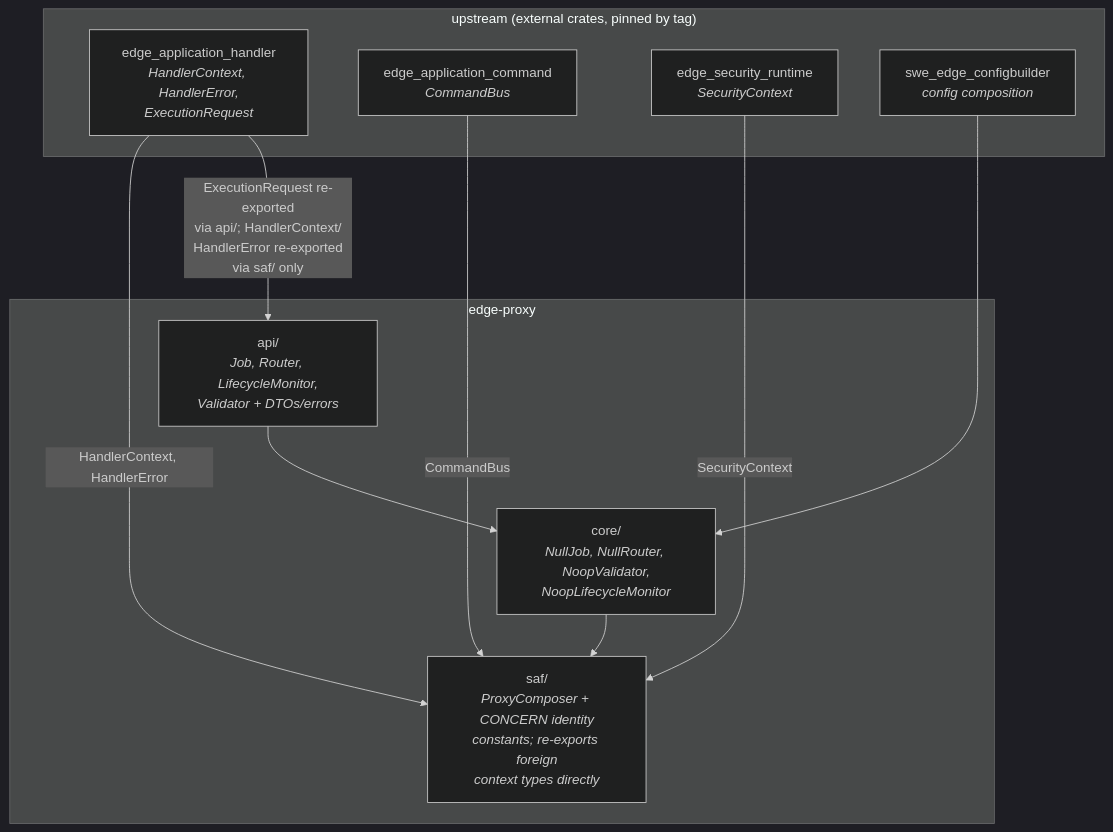
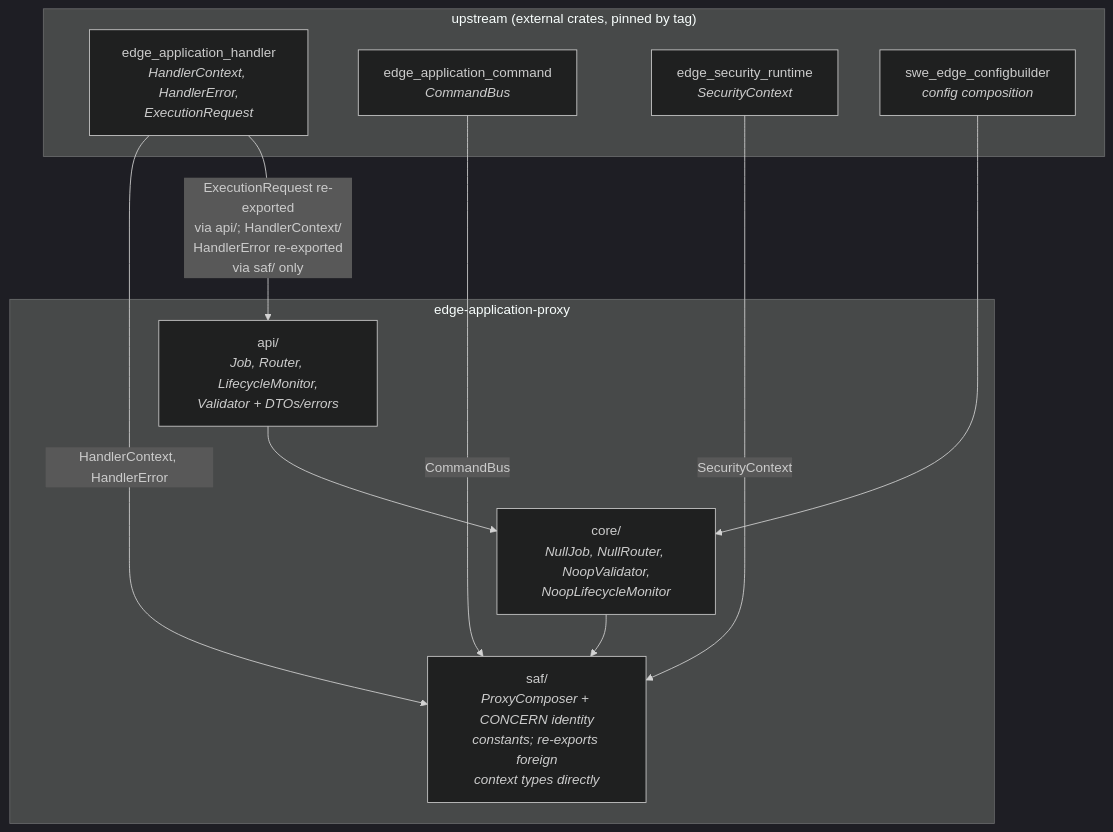
The second of 4 diagrams in scm/docs/3-design/architecture.md (sweengineeringlabs/edge-proxy), drawn with Mermaid (dark theme) before and after one commit. The commit also changed other lines of this file and 67 other files, not shown here.

First line of the commit message:
chore(repo): rename crate to edge-application-proxy

````diff
--- a/scm/docs/3-design/architecture.md
+++ b/scm/docs/3-design/architecture.md
@@ -155,23 +155,23 @@
 ```mermaid
 graph TB
     subgraph upstream["upstream (external crates, pinned by tag)"]
         Handler["edge_application_handler<br/><i>HandlerContext, HandlerError,<br/>ExecutionRequest</i>"]
         Command["edge_application_command<br/><i>CommandBus</i>"]
         Security["edge_security_runtime<br/><i>SecurityContext</i>"]
         Config["swe_edge_configbuilder<br/><i>config composition</i>"]
     end
 
-    subgraph crate["edge-proxy"]
+    subgraph crate["edge-application-proxy"]
         Api["api/<br/><i>Job, Router, LifecycleMonitor,<br/>Validator + DTOs/errors</i>"]
         Core["core/<br/><i>NullJob, NullRouter, NoopValidator,<br/>NoopLifecycleMonitor</i>"]
         Saf["saf/<br/><i>ProxyComposer + CONCERN identity<br/>constants; re-exports foreign<br/>context types directly</i>"]
     end
 
     Handler -->|"ExecutionRequest re-exported<br/>via api/; HandlerContext/<br/>HandlerError re-exported<br/>via saf/ only"| Api
     Handler -->|"HandlerContext, HandlerError"| Saf
     Command -->|"CommandBus"| Saf
     Security -->|"SecurityContext"| Saf
     Config --> Core
     Api --> Core
     Core --> Saf
 ```
````
